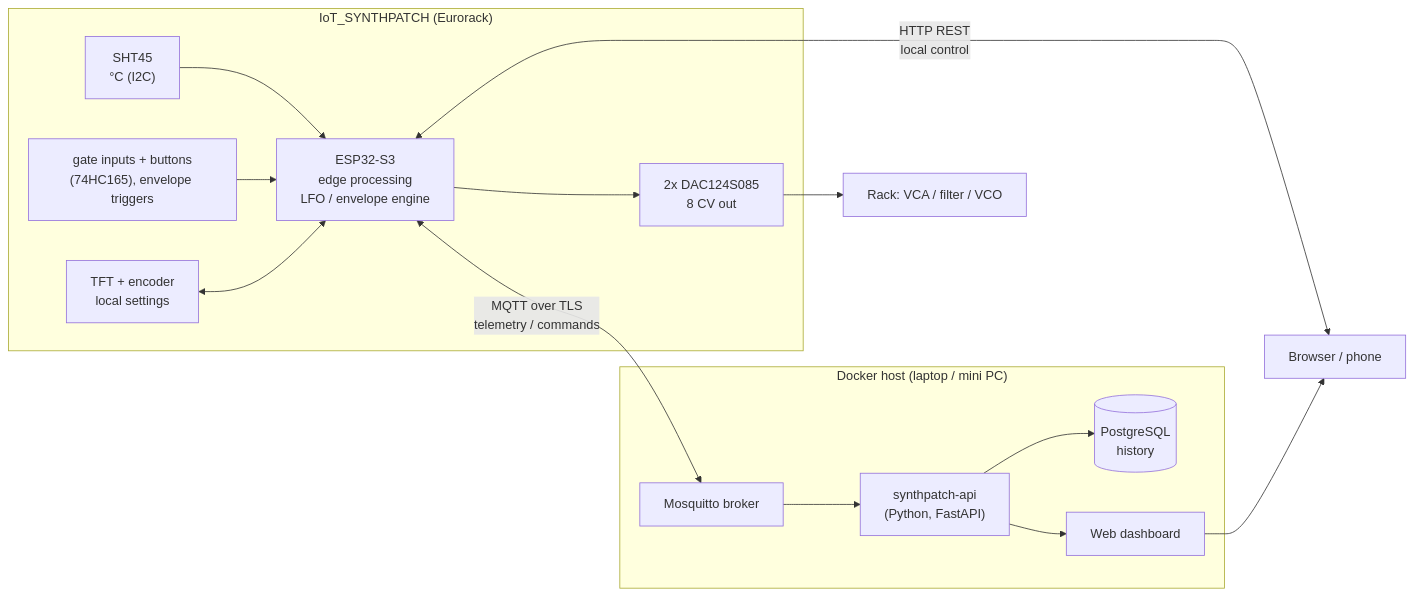
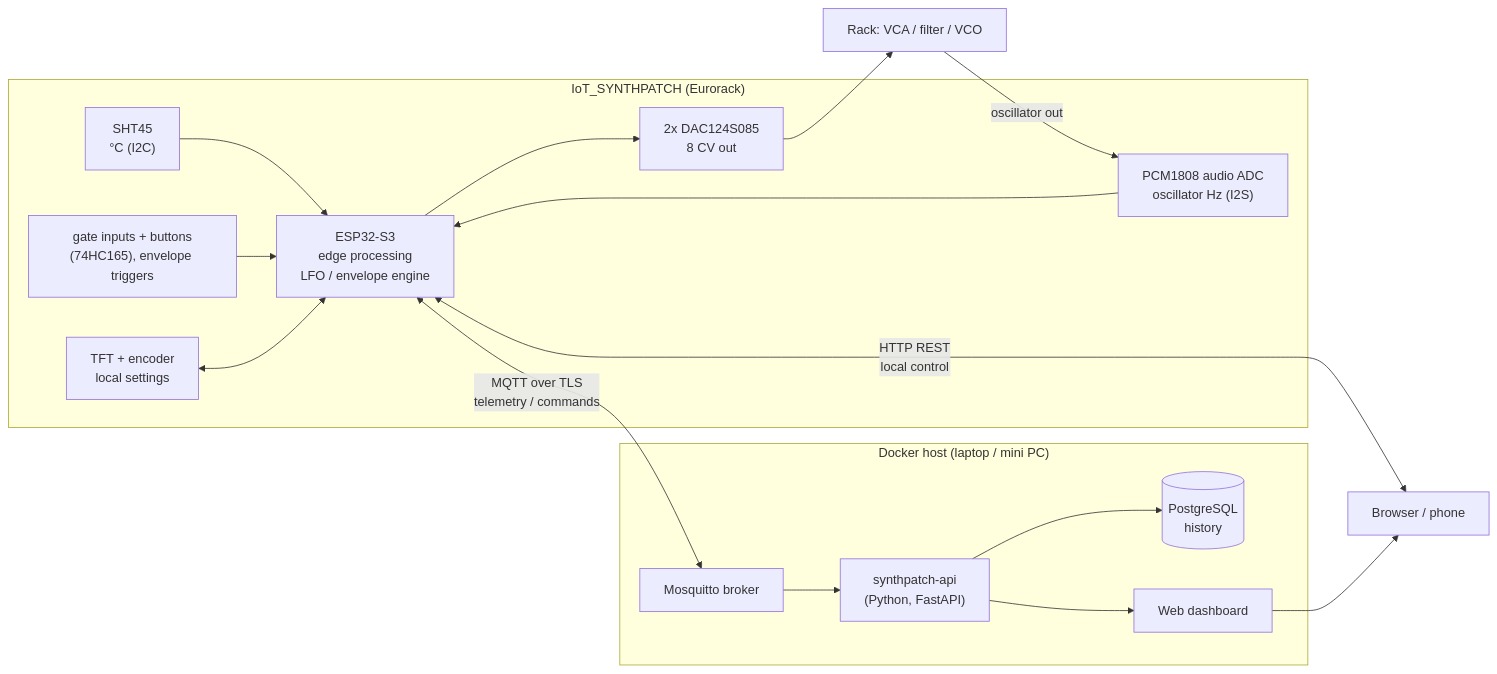
The diagram in docs/iot-project-plan.md (jmartens90/IoT_SynthPatch), drawn with Mermaid before and after one commit. The commit also changed other lines of this file and 3 other files, not shown here.

First line of the commit message:
Plan: oscillator frequency via PCM1808 and note-vs-drift detection; bring-up adc shows note + cents

````diff
--- a/docs/iot-project-plan.md
+++ b/docs/iot-project-plan.md
@@ -22,18 +25,20 @@
 ```mermaid
 flowchart LR
   subgraph Module["IoT_SYNTHPATCH (Eurorack)"]
     SHT45["SHT45<br/>°C (I2C)"] --> ESP
+    ADC["PCM1808 audio ADC<br/>oscillator Hz (I2S)"] --> ESP
     GATES["gate inputs + buttons<br/>(74HC165), envelope triggers"] --> ESP
     ENC["TFT + encoder<br/>local settings"] <--> ESP
     ESP["ESP32-S3<br/>edge processing<br/>LFO / envelope engine"] --> DACS["2x DAC124S085<br/>8 CV out"]
   end
   ESP <-- "MQTT over TLS<br/>telemetry / commands" --> MQ["Mosquitto broker"]
   ESP <-- "HTTP REST<br/>local control" --> Browser
   subgraph Server["Docker host (laptop / mini PC)"]
     MQ --> API["synthpatch-api<br/>(Python, FastAPI)"]
     API --> DB[("PostgreSQL<br/>history")]
     API --> DASH["Web dashboard"]
   end
   DASH --> Browser["Browser / phone"]
   DACS --> VCO["Rack: VCA / filter / VCO"]
+  VCO -- "oscillator out" --> ADC
 ```
````
